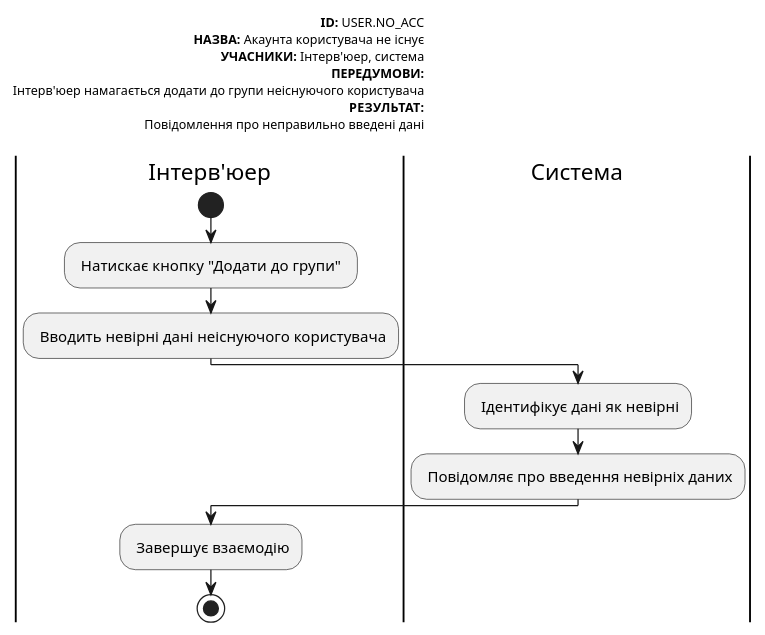
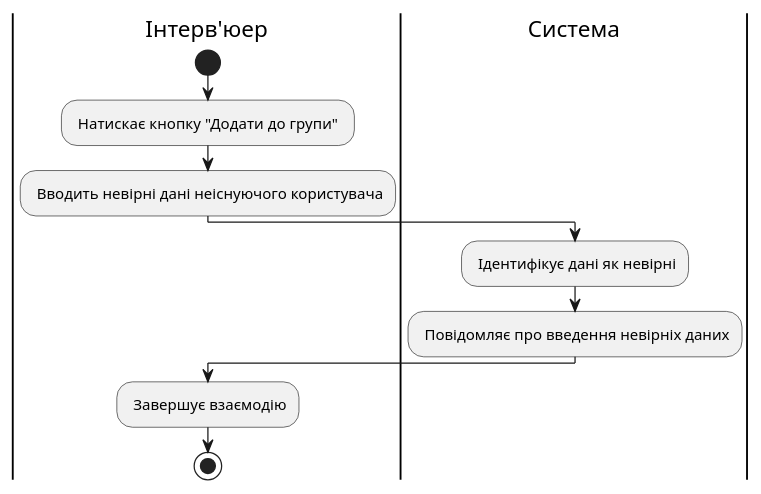
Diagram 20 of 22 in docs/use cases/README.md (michigang1/ImForms), drawn with PlantUML before and after one commit. The commit also changed other lines of this file, not shown here.

```diff
--- a/docs/use cases/README.md
+++ b/docs/use cases/README.md
@@ -649,25 +677,15 @@
 @startuml
-left header
-<font color=000 size=10><b>ID:</b> USER.NO_ACC
-<font color=000 size=10><b>НАЗВА:</b> Акаунта користувача не існує  
-<font color=000 size=10><b>УЧАСНИКИ:</b> Інтерв'юер, система
-<font color=000 size=10><b>ПЕРЕДУМОВИ:</b>
-<font color=000 size=10> Інтерв'юер намагається додати до групи неіснуючого користувача
-<font color=000 size=10><b>РЕЗУЛЬТАТ:</b>
-<font color=000 size=10> Повідомлення про неправильно введені дані
-
-end header
 
 |Інтерв'юер|
 start
 : Натискає кнопку "Додати до групи" ;
 : Вводить невірні дані неіснуючого користувача;
 
 |Система|
 : Ідентифікує дані як невірні;
 : Повідомляє про введення невірніх даних;
 
 |Інтерв'юер|
 : Завершує взаємодію;
 stop;
 @enduml
```
